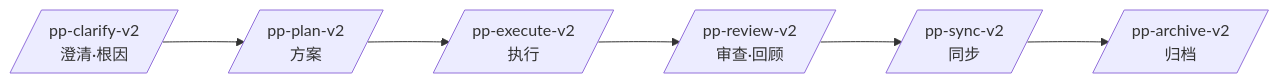
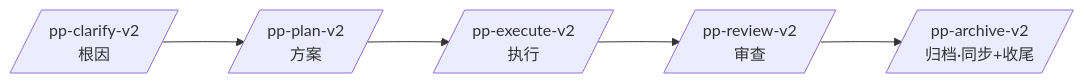
Before and after one commit to spp417833515/pp-skills: the diagram in README.md, drawn with Mermaid. The commit also changed other lines of this file and 10 other files, not shown here.

````diff
--- a/README.md
+++ b/README.md
@@ -8,6 +8,6 @@
 ```mermaid
 flowchart LR
-  C[/pp-clarify-v2<br/>澄清·根因/] --> P[/pp-plan-v2<br/>方案/]
-  P --> E[/pp-execute-v2<br/>执行/] --> R[/pp-review-v2<br/>审查·回顾/]
-  R --> S[/pp-sync-v2<br/>同步/] --> A[/pp-archive-v2<br/>归档/]
+  C[/pp-clarify-v2<br/>根因/] --> P[/pp-plan-v2<br/>方案/]
+  P --> E[/pp-execute-v2<br/>执行/] --> R[/pp-review-v2<br/>审查/]
+  R --> A[/pp-archive-v2<br/>归档·同步+收尾/]
 ```
````
